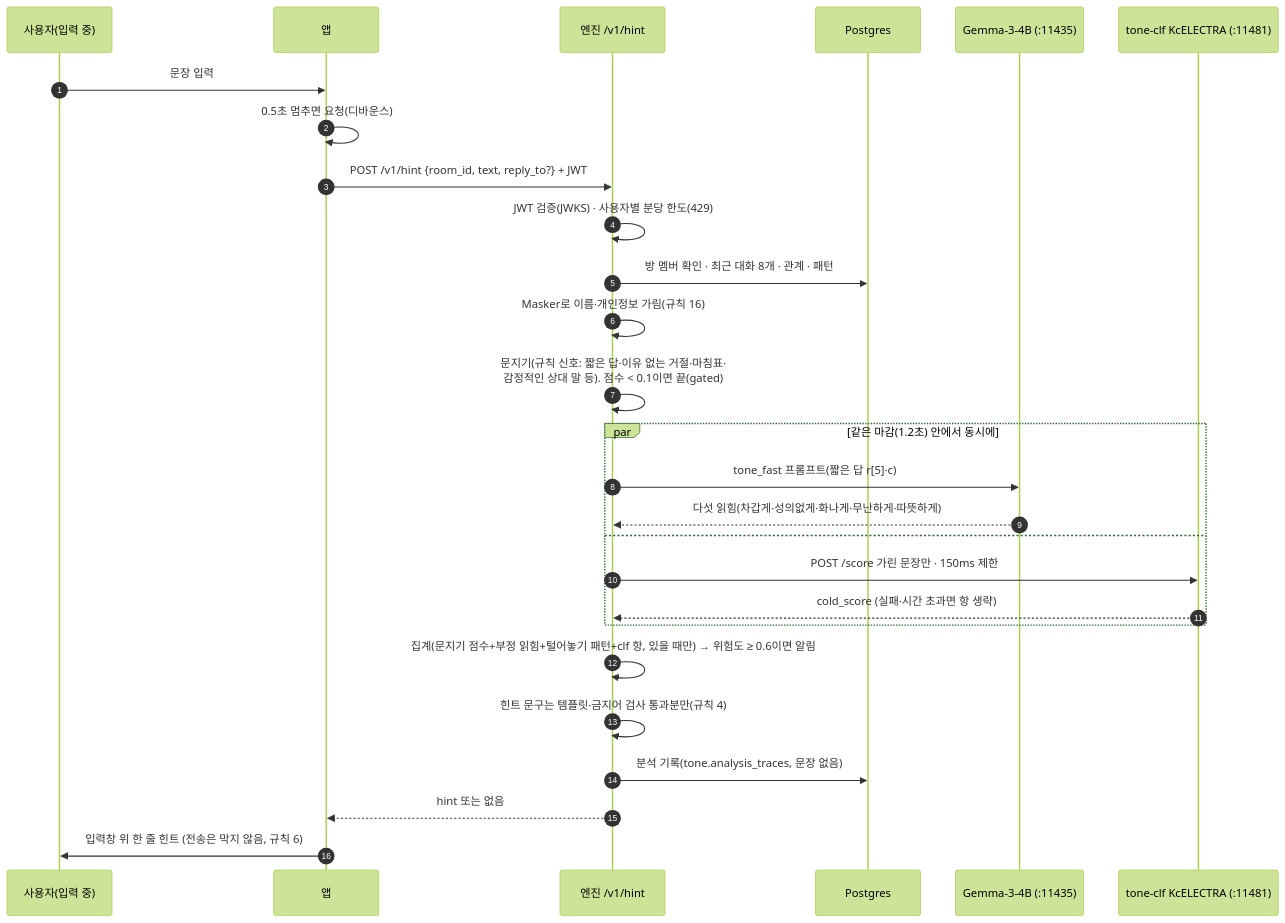
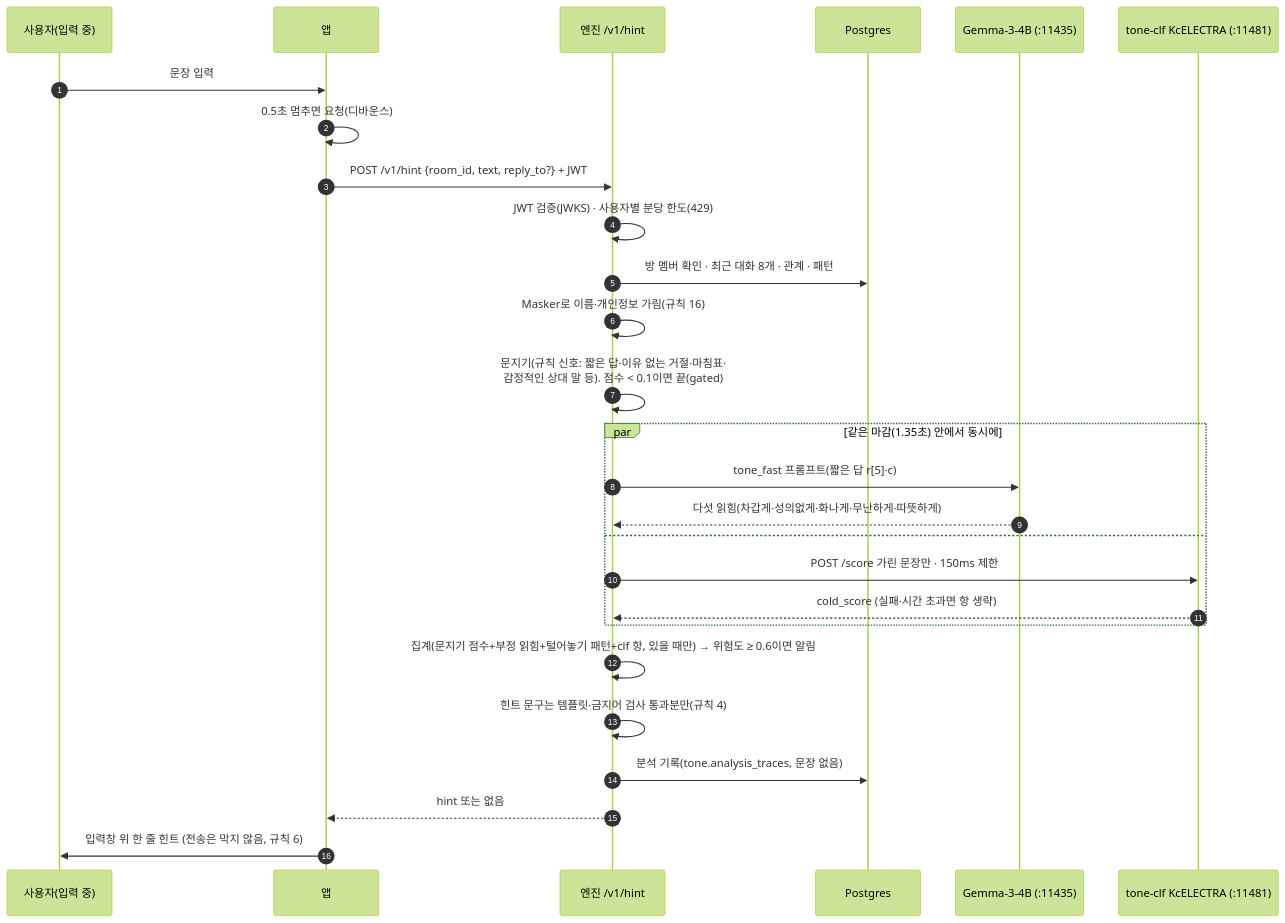
One commit to Daegyu519/Adventure_Design changed the second of 8 diagrams in docs/architecture-diagrams.md. Above: the diagram before and after it, drawn with Mermaid (forest theme). The commit also changed other lines of this file and 10 other files, not shown here.

````diff
--- a/docs/architecture-diagrams.md
+++ b/docs/architecture-diagrams.md
@@ -80,30 +79,30 @@
 ```mermaid
 sequenceDiagram
   autonumber
   participant U as 사용자(입력 중)
   participant A as 앱
   participant E as 엔진 /v1/hint
   participant D as Postgres
   participant G as Gemma-3-4B (:11435)
   participant K as tone-clf KcELECTRA (:11481)
 
   U->>A: 문장 입력
   A->>A: 0.5초 멈추면 요청(디바운스)
   A->>E: POST /v1/hint {room_id, text, reply_to?} + JWT
   E->>E: JWT 검증(JWKS) · 사용자별 분당 한도(429)
   E->>D: 방 멤버 확인 · 최근 대화 8개 · 관계 · 패턴
   E->>E: Masker로 이름·개인정보 가림(규칙 16)
   E->>E: 문지기(규칙 신호: 짧은 답·이유 없는 거절·마침표·<br/>감정적인 상대 말 등). 점수 < 0.1이면 끝(gated)
-  par 같은 마감(1.2초) 안에서 동시에
+  par 같은 마감(1.35초) 안에서 동시에
     E->>G: tone_fast 프롬프트(짧은 답 r[5]·c)
     G-->>E: 다섯 읽힘(차갑게·성의없게·화나게·무난하게·따뜻하게)
   and
     E->>K: POST /score 가린 문장만 · 150ms 제한
     K-->>E: cold_score (실패·시간 초과면 항 생략)
   end
   E->>E: 집계(문지기 점수+부정 읽힘+털어놓기 패턴+clf 항, 있을 때만) → 위험도 ≥ 0.6이면 알림
   E->>E: 힌트 문구는 템플릿·금지어 검사 통과분만(규칙 4)
   E->>D: 분석 기록(tone.analysis_traces, 문장 없음)
   E-->>A: hint 또는 없음
   A->>U: 입력창 위 한 줄 힌트 (전송은 막지 않음, 규칙 6)
 ```
````
